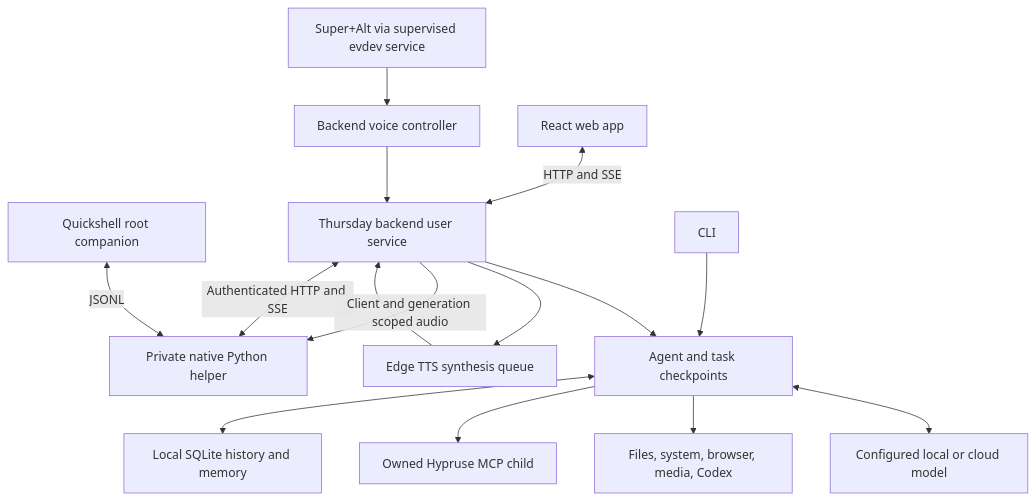
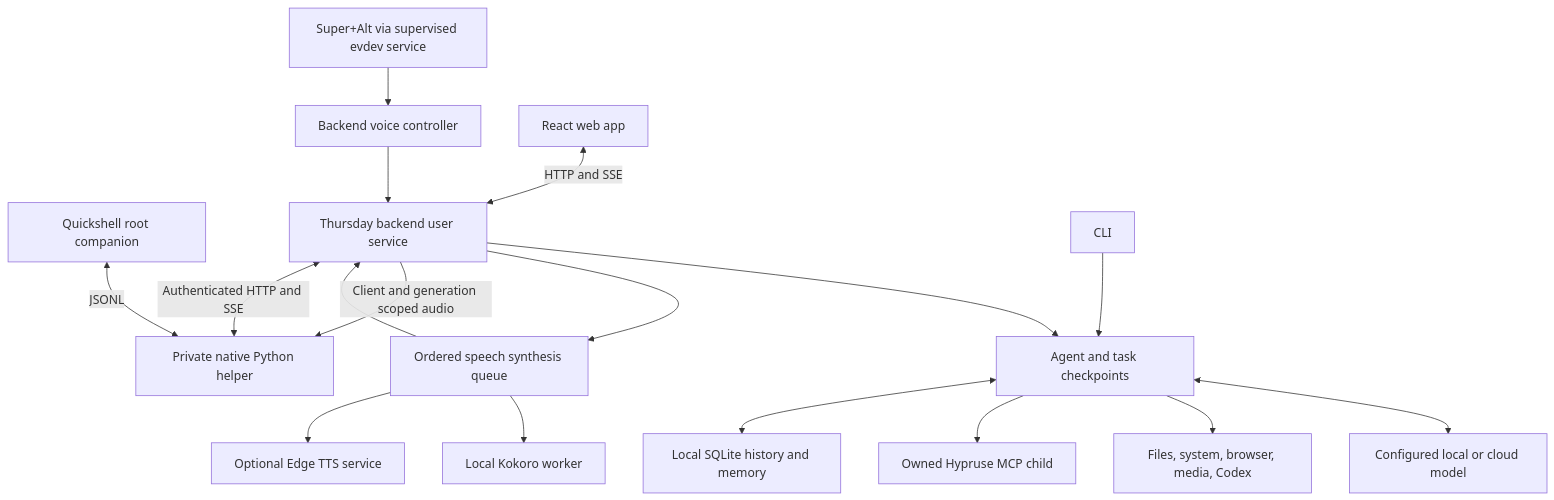
One commit to 9MidhunPM/thursday-local-assistant changed the diagram in docs/ARCHITECTURE.md. Above: the diagram before and after it, drawn with Mermaid. The commit also changed other lines of this file and 5 other files, not shown here.

````diff
--- a/docs/ARCHITECTURE.md
+++ b/docs/ARCHITECTURE.md
@@ -9,17 +9,19 @@
 ```mermaid
 flowchart TD
     Keys[Super+Alt via supervised evdev service] --> Voice[Backend voice controller]
     Native[Quickshell root companion] <-->|JSONL| Helper[Private native Python helper]
     Helper <-->|Authenticated HTTP and SSE| Server[Thursday backend user service]
     Web[React web app] <-->|HTTP and SSE| Server
     CLI[CLI] --> Agent[Agent and task checkpoints]
     Voice --> Server
     Server --> Agent
     Agent <--> Model[Configured local or cloud model]
     Agent --> Tools[Files, system, browser, media, Codex]
     Agent --> Hypruse[Owned Hypruse MCP child]
     Agent <--> Store[Local SQLite history and memory]
-    Server --> TTS[Edge TTS synthesis queue]
+    Server --> TTS[Ordered speech synthesis queue]
+    TTS --> Neural[Local Kokoro worker]
+    TTS --> Edge[Optional Edge TTS service]
     TTS --> Server
     Server -->|Client and generation scoped audio| Helper
 ```
````
